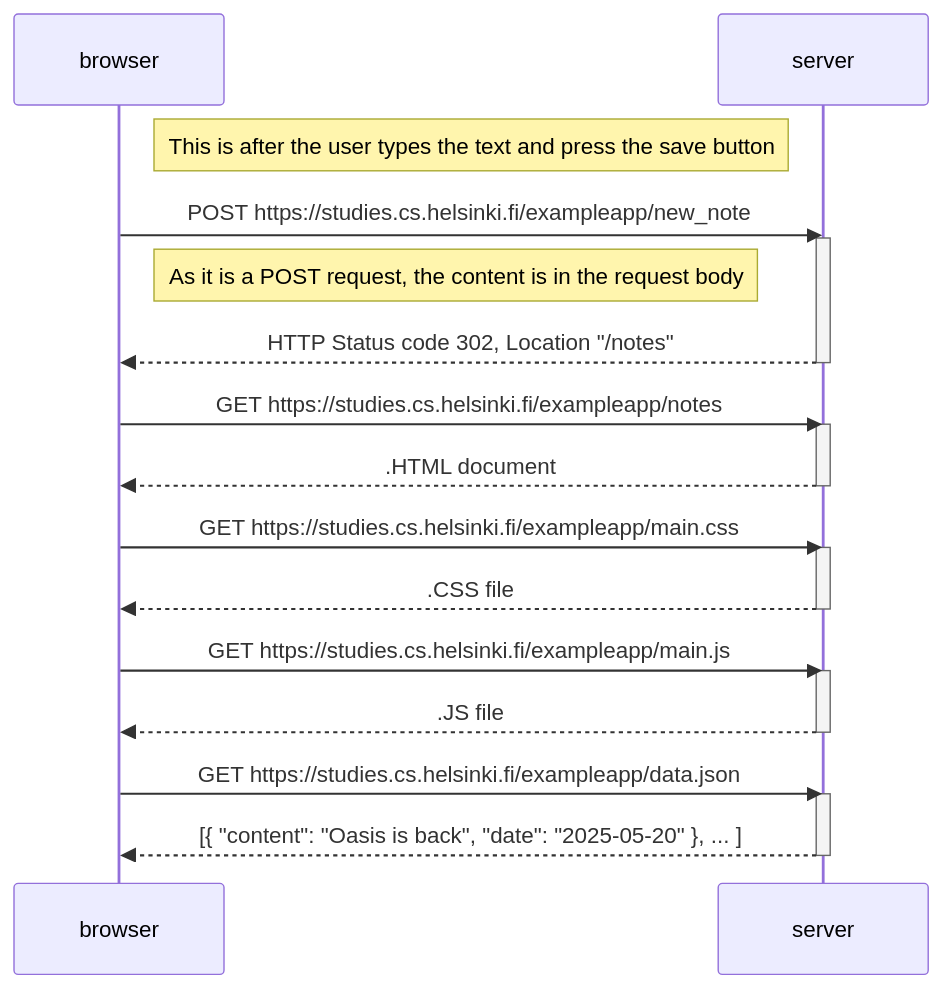
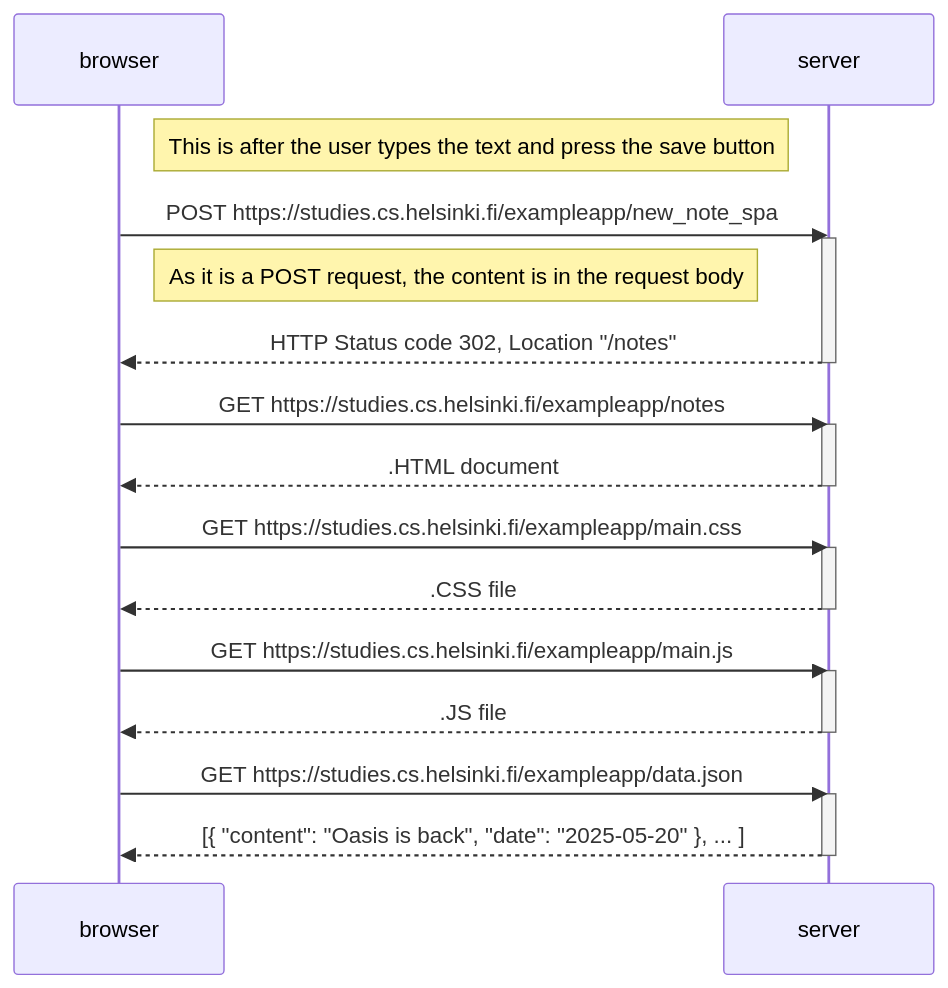
Before and after one commit to Alielpls/part0: the diagram in Ex0.5/SpaDiagram.md, drawn with Mermaid.

````diff
--- a/Ex0.5/SpaDiagram.md
+++ b/Ex0.5/SpaDiagram.md
@@ -1,34 +1,34 @@
 ```mermaid
 sequenceDiagram
  participant browser
     participant server
 
         Note right of browser: This is after the user types the text and press the save button
-    browser->>server: POST https://studies.cs.helsinki.fi/exampleapp/new_note
+    browser->>server: POST https://studies.cs.helsinki.fi/exampleapp/new_note_spa
     activate server
         Note right of browser: As it is a POST request, the content is in the request body
     server-->>browser: HTTP Status code 302, Location "/notes"
     deactivate server
 
     browser->>server: GET https://studies.cs.helsinki.fi/exampleapp/notes
     activate server
     server-->>browser: .HTML document
     deactivate server
 
     browser->>server: GET https://studies.cs.helsinki.fi/exampleapp/main.css
     activate server
     server-->>browser: .CSS file
     deactivate server
 
     browser->>server: GET https://studies.cs.helsinki.fi/exampleapp/main.js
     activate server
     server-->>browser: .JS file
     deactivate server
 
 
     browser->>server: GET https://studies.cs.helsinki.fi/exampleapp/data.json
     activate server
     server-->>browser: [{ "content": "Oasis is back", "date": "2025-05-20" }, ... ]
     deactivate server
 
 ```
````
